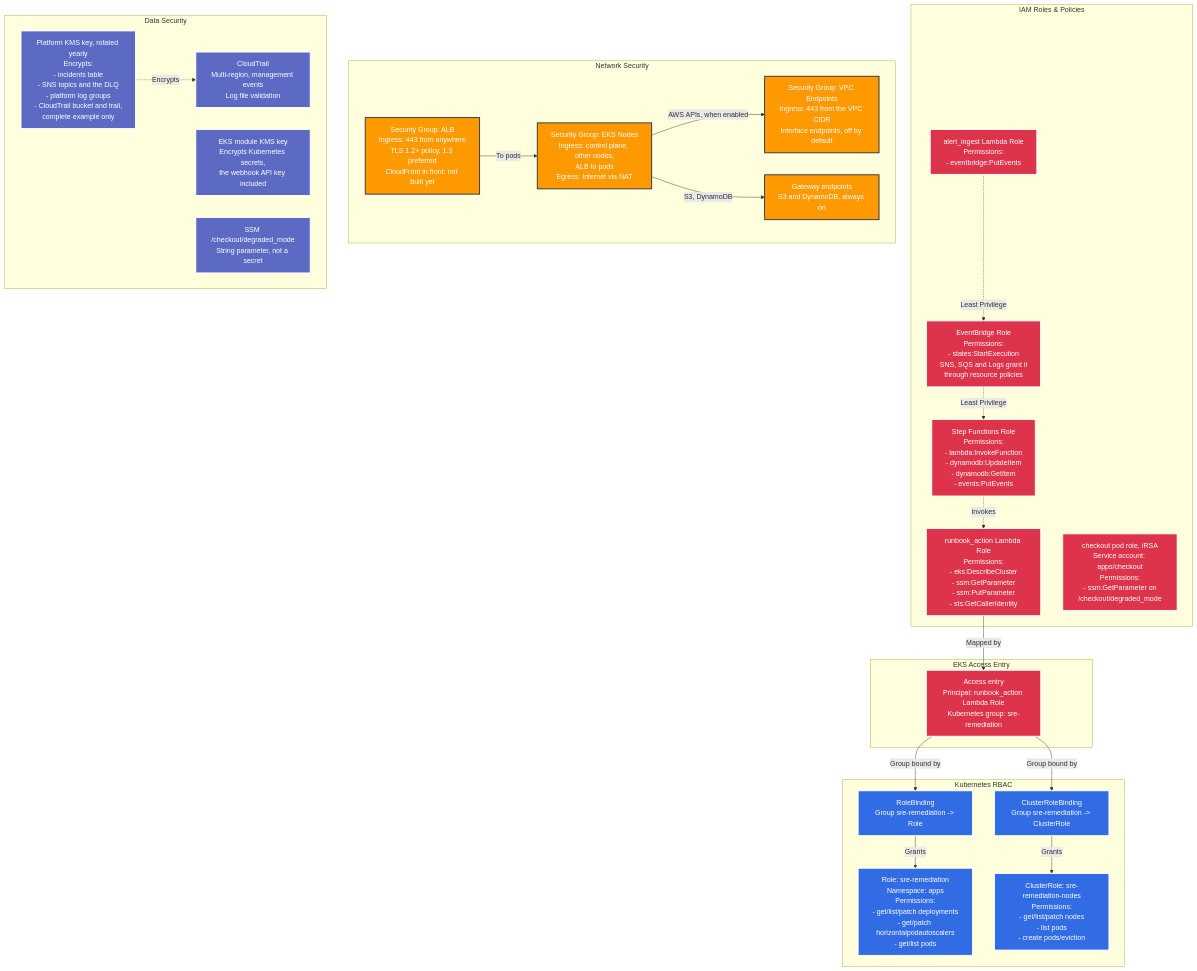
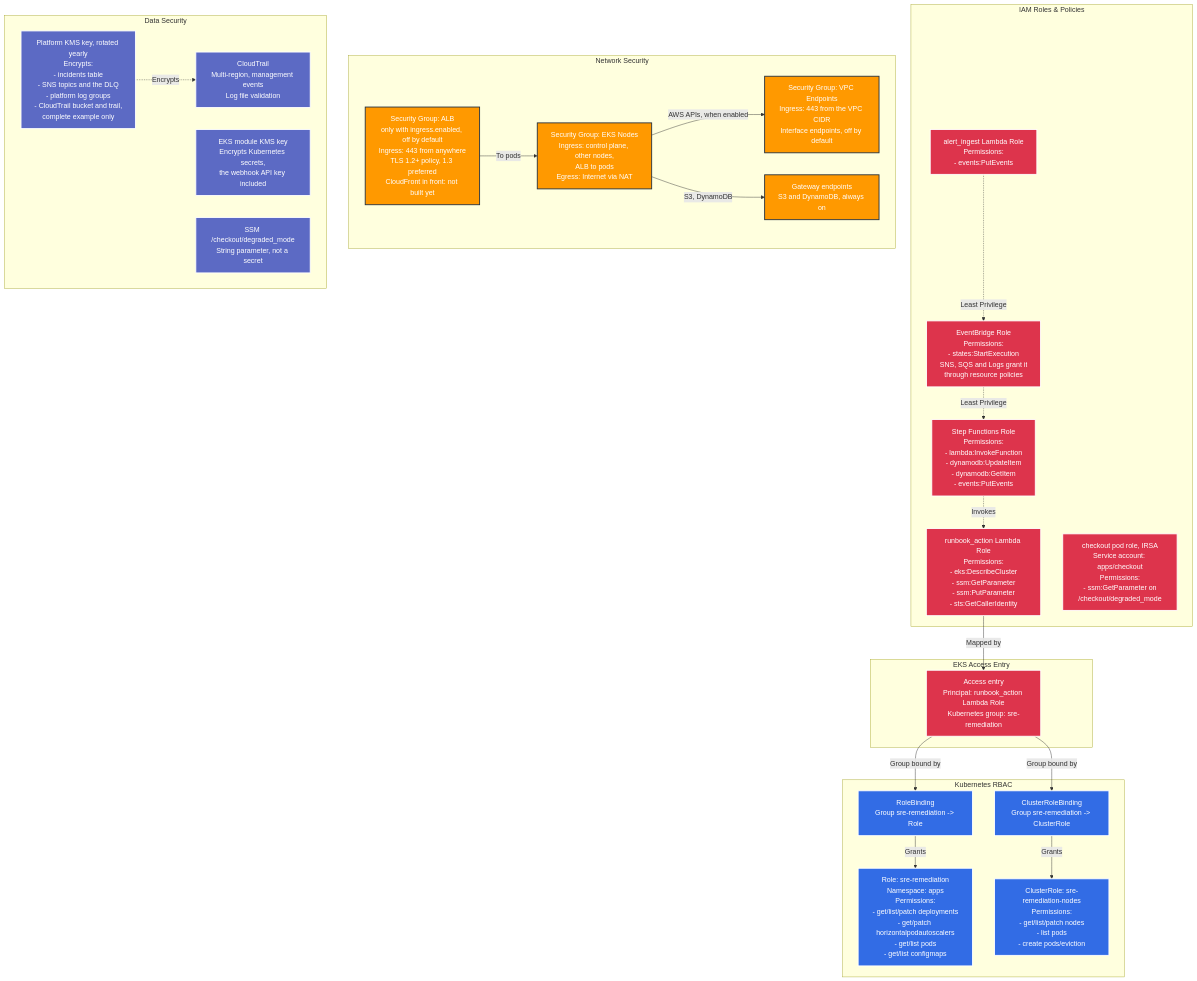
Before and after one commit to amrutp24/event-driven-sre-platform: the fourth of 4 diagrams in docs/architecture/README.md, drawn with Mermaid. The commit also changed other lines of this file and 8 other files, not shown here.

````diff
--- a/docs/architecture/README.md
+++ b/docs/architecture/README.md
@@ -282,61 +282,61 @@
 ```mermaid
 graph TB
     subgraph "IAM Roles & Policies"
-        R1[alert_ingest Lambda Role<br/>Permissions:<br/>- eventbridge:PutEvents]
+        R1[alert_ingest Lambda Role<br/>Permissions:<br/>- events:PutEvents]
         R2[runbook_action Lambda Role<br/>Permissions:<br/>- eks:DescribeCluster<br/>- ssm:GetParameter<br/>- ssm:PutParameter<br/>- sts:GetCallerIdentity]
         R3[EventBridge Role<br/>Permissions:<br/>- states:StartExecution<br/>SNS, SQS and Logs grant it<br/>through resource policies]
         R4[Step Functions Role<br/>Permissions:<br/>- lambda:InvokeFunction<br/>- dynamodb:UpdateItem<br/>- dynamodb:GetItem<br/>- events:PutEvents]
         R5[checkout pod role, IRSA<br/>Service account: apps/checkout<br/>Permissions:<br/>- ssm:GetParameter on<br/>/checkout/degraded_mode]
     end
 
     subgraph "EKS Access Entry"
         AE[Access entry<br/>Principal: runbook_action Lambda Role<br/>Kubernetes group: sre-remediation]
     end
 
     subgraph "Kubernetes RBAC"
-        Role[Role: sre-remediation<br/>Namespace: apps<br/>Permissions:<br/>- get/list/patch deployments<br/>- get/patch horizontalpodautoscalers<br/>- get/list pods]
+        Role[Role: sre-remediation<br/>Namespace: apps<br/>Permissions:<br/>- get/list/patch deployments<br/>- get/patch horizontalpodautoscalers<br/>- get/list pods<br/>- get/list configmaps]
         RB[RoleBinding<br/>Group sre-remediation -> Role]
         CRole[ClusterRole: sre-remediation-nodes<br/>Permissions:<br/>- get/list/patch nodes<br/>- list pods<br/>- create pods/eviction]
         CRB[ClusterRoleBinding<br/>Group sre-remediation -> ClusterRole]
     end
 
     subgraph "Network Security"
         SG1[Security Group: EKS Nodes<br/>Ingress: control plane, other nodes,<br/>ALB to pods<br/>Egress: Internet via NAT]
-        SG2[Security Group: ALB<br/>Ingress: 443 from anywhere<br/>TLS 1.2+ policy, 1.3 preferred<br/>CloudFront in front: not built yet]
+        SG2[Security Group: ALB<br/>only with ingress.enabled, off by default<br/>Ingress: 443 from anywhere<br/>TLS 1.2+ policy, 1.3 preferred<br/>CloudFront in front: not built yet]
         SG3[Security Group: VPC Endpoints<br/>Ingress: 443 from the VPC CIDR<br/>Interface endpoints, off by default]
         GW[Gateway endpoints<br/>S3 and DynamoDB, always on]
     end
 
     subgraph "Data Security"
         KMS[Platform KMS key, rotated yearly<br/>Encrypts:<br/>- incidents table<br/>- SNS topics and the DLQ<br/>- platform log groups<br/>- CloudTrail bucket and trail,<br/>complete example only]
         EKSKMS[EKS module KMS key<br/>Encrypts Kubernetes secrets,<br/>the webhook API key included]
         Trail[CloudTrail<br/>Multi-region, management events<br/>Log file validation]
         SSM_Flag[SSM /checkout/degraded_mode<br/>String parameter, not a secret]
     end
 
     R2 -->|Mapped by| AE
     AE -->|Group bound by| RB
     RB -->|Grants| Role
     AE -->|Group bound by| CRB
     CRB -->|Grants| CRole
 
     R1 -.->|Least Privilege| R3
     R3 -.->|Least Privilege| R4
     R4 -.->|Invokes| R2
 
     SG2 -->|To pods| SG1
     SG1 -->|AWS APIs, when enabled| SG3
     SG1 -->|S3, DynamoDB| GW
 
     KMS -.->|Encrypts| Trail
 
     classDef iam fill:#DD344C,stroke:#fff,stroke-width:2px,color:#fff
     classDef k8s fill:#326CE5,stroke:#fff,stroke-width:2px,color:#fff
     classDef network fill:#FF9900,stroke:#232F3E,stroke-width:2px,color:#fff
     classDef encryption fill:#5C6AC4,stroke:#fff,stroke-width:2px,color:#fff
 
     class R1,R2,R3,R4,R5,AE iam
     class Role,RB,CRole,CRB k8s
     class SG1,SG2,SG3,GW network
     class KMS,EKSKMS,Trail,SSM_Flag encryption
 ```
````
